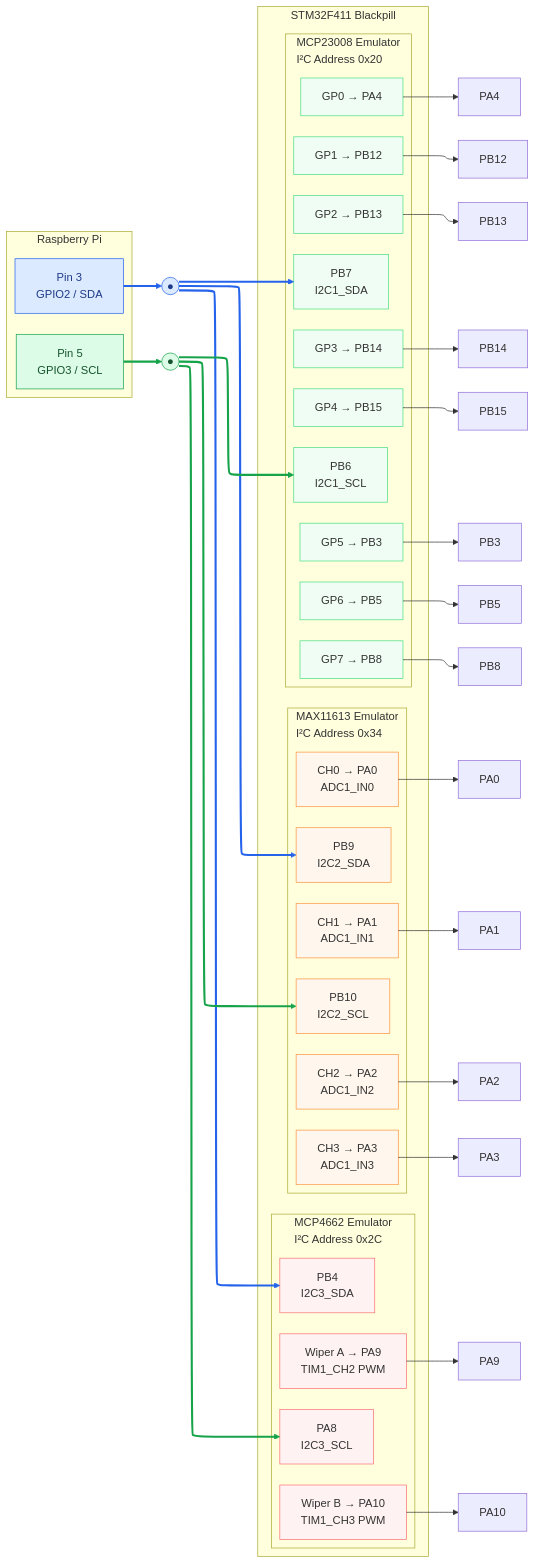
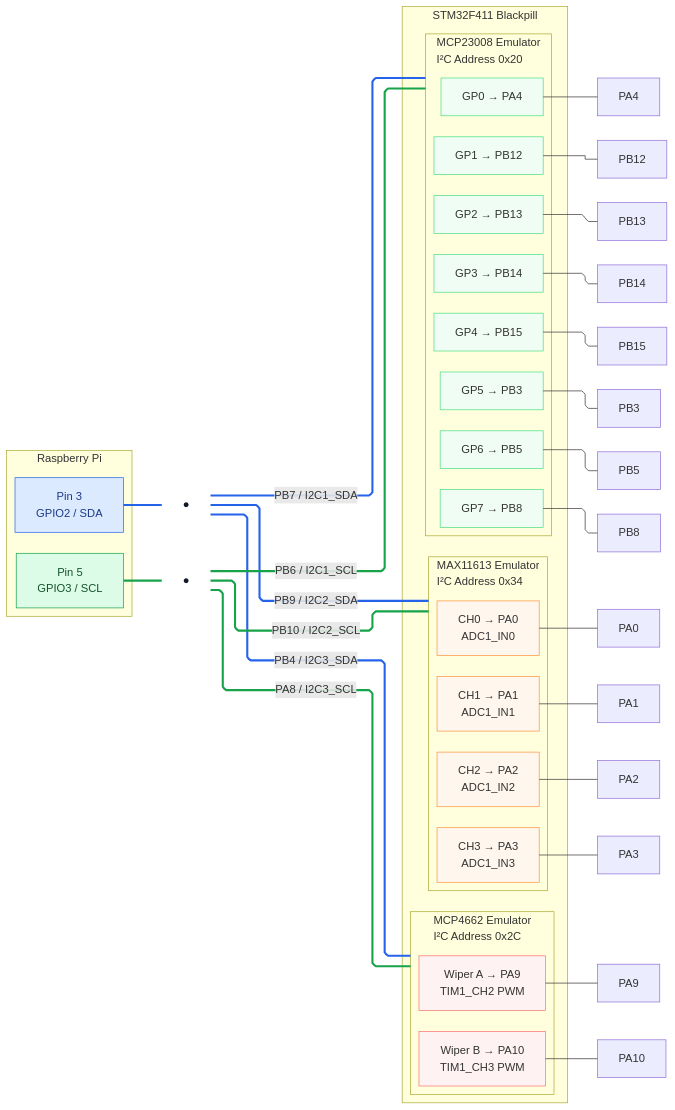
The diagram in diagram.md (SQ5BAR/STM32-Radioberry-I2C-Expansion-Emulator), drawn with Mermaid before and after one commit.

````diff
--- a/diagram.md
+++ b/diagram.md
@@ -1,5 +1,5 @@
 ```mermaid
-%%{init: {"flowchart": {"defaultRenderer": "elk"}}}%%
+%%{init: {"flowchart": {"defaultRenderer": "elk", "curve": "linear"}}}%%
 flowchart LR
 
     classDef purple stroke:#a78bfa,fill:#f5f3ff;
@@ -8,6 +8,7 @@
     classDef red stroke:#f87171,fill:#fef2f2;
     classDef sda stroke:#2563eb,fill:#dbeafe,color:#1e3a8a;
     classDef scl stroke:#16a34a,fill:#dcfce7,color:#14532d;
+    classDef dot stroke:transparent,fill:transparent,color:#111827;
 
     %% Raspberry Pi
     subgraph R["Raspberry Pi"]
@@ -17,8 +18,8 @@
     end
 
     %% Bus split points
-    SDA_DOT(("●")):::sda
-    SCL_DOT(("●")):::scl
+    SDA_DOT["●"]:::dot
+    SCL_DOT["●"]:::dot
 
     %% STM32F411 Blackpill
     subgraph B["STM32F411 Blackpill"]
@@ -27,9 +28,6 @@
         %% MCP23008
         subgraph MCP["MCP23008 Emulator<br/>I²C Address 0x20"]
         direction TB
-            MCP_SDA["PB7<br/>I2C1_SDA"]:::green
-            MCP_SCL["PB6<br/>I2C1_SCL"]:::green
-
             GP0["GP0 → PA4"]:::green
             GP1["GP1 → PB12"]:::green
             GP2["GP2 → PB13"]:::green
@@ -43,9 +41,6 @@
         %% MAX11613
         subgraph MAX["MAX11613 Emulator<br/>I²C Address 0x34"]
         direction TB
-            MAX_SDA["PB9<br/>I2C2_SDA"]:::orange
-            MAX_SCL["PB10<br/>I2C2_SCL"]:::orange
-
             CH0["CH0 → PA0<br/>ADC1_IN0"]:::orange
             CH1["CH1 → PA1<br/>ADC1_IN1"]:::orange
             CH2["CH2 → PA2<br/>ADC1_IN2"]:::orange
@@ -55,45 +50,42 @@
         %% MCP4662
         subgraph POT["MCP4662 Emulator<br/>I²C Address 0x2C"]
         direction TB
-            POT_SDA["PB4<br/>I2C3_SDA"]:::red
-            POT_SCL["PA8<br/>I2C3_SCL"]:::red
-
             WA["Wiper A → PA9<br/>TIM1_CH2 PWM"]:::red
             WB["Wiper B → PA10<br/>TIM1_CH3 PWM"]:::red
         end
     end
 
     %% SDA bus
-    P3 --> SDA_DOT
-    SDA_DOT --> MCP_SDA
-    SDA_DOT --> MAX_SDA
-    SDA_DOT --> POT_SDA
+    P3 --- SDA_DOT
+    SDA_DOT ---|"PB7 / I2C1_SDA"| MCP
+    SDA_DOT ---|"PB9 / I2C2_SDA"| MAX
+    SDA_DOT ---|"PB4 / I2C3_SDA"| POT
 
     %% SCL bus
-    P5 --> SCL_DOT
-    SCL_DOT --> MCP_SCL
-    SCL_DOT --> MAX_SCL
-    SCL_DOT --> POT_SCL
+    P5 --- SCL_DOT
+    SCL_DOT ---|"PB6 / I2C1_SCL"| MCP
+    SCL_DOT ---|"PB10 / I2C2_SCL"| MAX
+    SCL_DOT ---|"PA8 / I2C3_SCL"| POT
 
     %% MCP23008 outputs
-    GP0 --> GP0_OUT["PA4"]
-    GP1 --> GP1_OUT["PB12"]
-    GP2 --> GP2_OUT["PB13"]
-    GP3 --> GP3_OUT["PB14"]
-    GP4 --> GP4_OUT["PB15"]
-    GP5 --> GP5_OUT["PB3"]
-    GP6 --> GP6_OUT["PB5"]
-    GP7 --> GP7_OUT["PB8"]
+    GP0 --- GP0_OUT["PA4"]
+    GP1 --- GP1_OUT["PB12"]
+    GP2 --- GP2_OUT["PB13"]
+    GP3 --- GP3_OUT["PB14"]
+    GP4 --- GP4_OUT["PB15"]
+    GP5 --- GP5_OUT["PB3"]
+    GP6 --- GP6_OUT["PB5"]
+    GP7 --- GP7_OUT["PB8"]
 
     %% MAX11613 analog inputs
-    CH0 --> CH0_OUT["PA0"]
-    CH1 --> CH1_OUT["PA1"]
-    CH2 --> CH2_OUT["PA2"]
-    CH3 --> CH3_OUT["PA3"]
+    CH0 --- CH0_OUT["PA0"]
+    CH1 --- CH1_OUT["PA1"]
+    CH2 --- CH2_OUT["PA2"]
+    CH3 --- CH3_OUT["PA3"]
 
     %% MCP4662 PWM outputs
-    WA --> WA_OUT["PA9"]
-    WB --> WB_OUT["PA10"]
+    WA --- WA_OUT["PA9"]
+    WB --- WB_OUT["PA10"]
 
     %% SDA line color
     linkStyle 0 stroke:#2563eb,stroke-width:3px;
````
